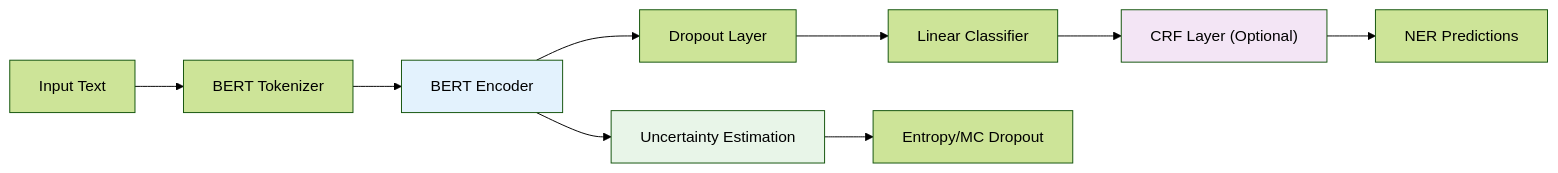
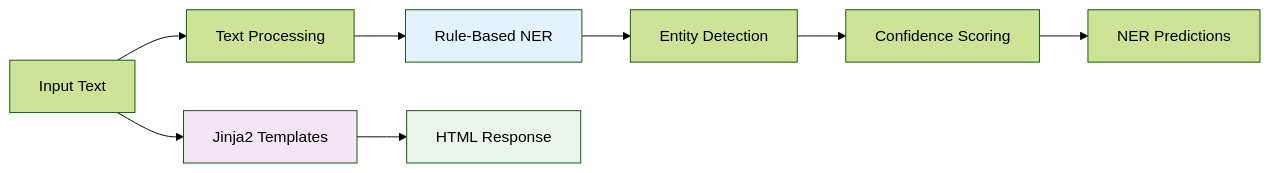
Before and after one commit to Ismat-Samadov/nobel_prize_winners: the third of 7 diagrams in README.md, drawn with Mermaid (forest theme). The commit also changed other lines of this file, not shown here.

````diff
--- a/README.md
+++ b/README.md
@@ -172,16 +150,15 @@
 ```mermaid
 graph LR
-    A[Input Text] --> B[BERT Tokenizer]
-    B --> C[BERT Encoder]
-    C --> D[Dropout Layer]
-    D --> E[Linear Classifier]
-    E --> F["CRF Layer (Optional)"]
-    F --> G[NER Predictions]
+    A[Input Text] --> B[Text Processing]
+    B --> C[Rule-Based NER]
+    C --> D[Entity Detection]
+    D --> E[Confidence Scoring]
+    E --> F[NER Predictions]
     
-    C --> H[Uncertainty Estimation]
-    H --> I["Entropy/MC Dropout"]
+    A --> G[Jinja2 Templates]
+    G --> H[HTML Response]
     
     style C fill:#e3f2fd
-    style F fill:#f3e5f5
+    style G fill:#f3e5f5
     style H fill:#e8f5e8
 ```
````
